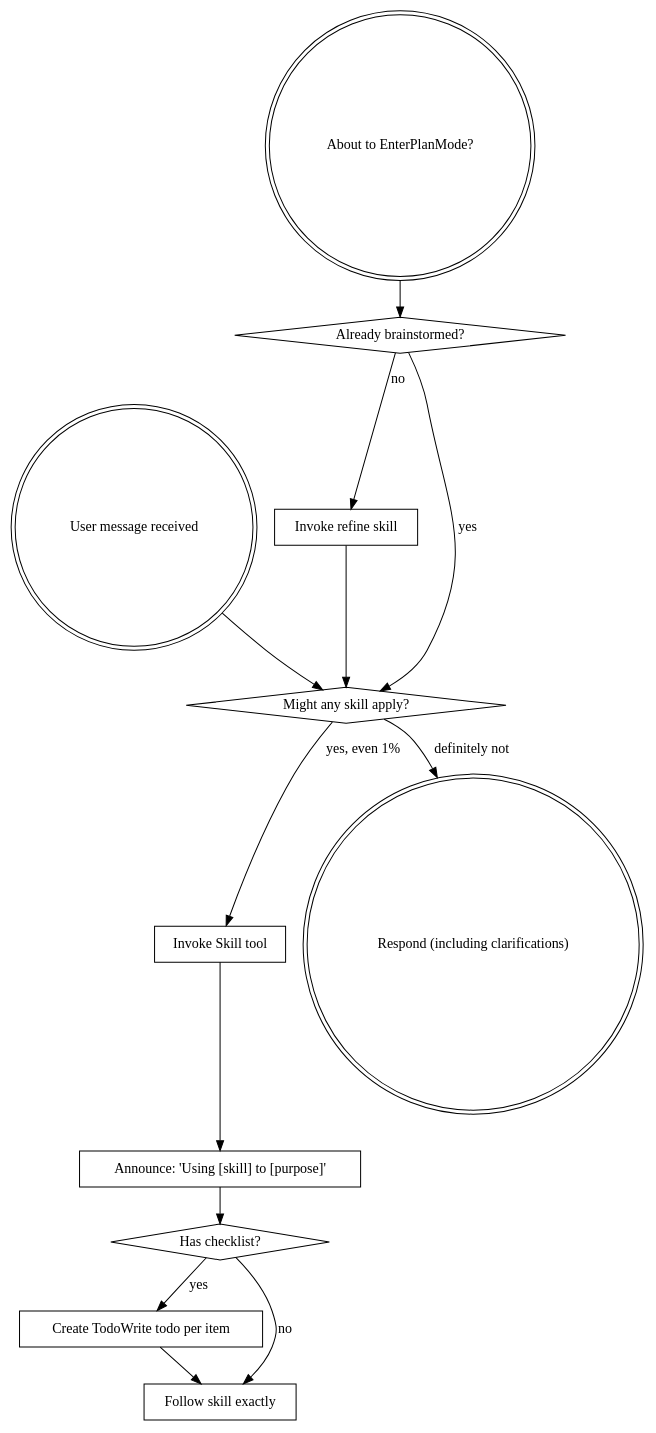
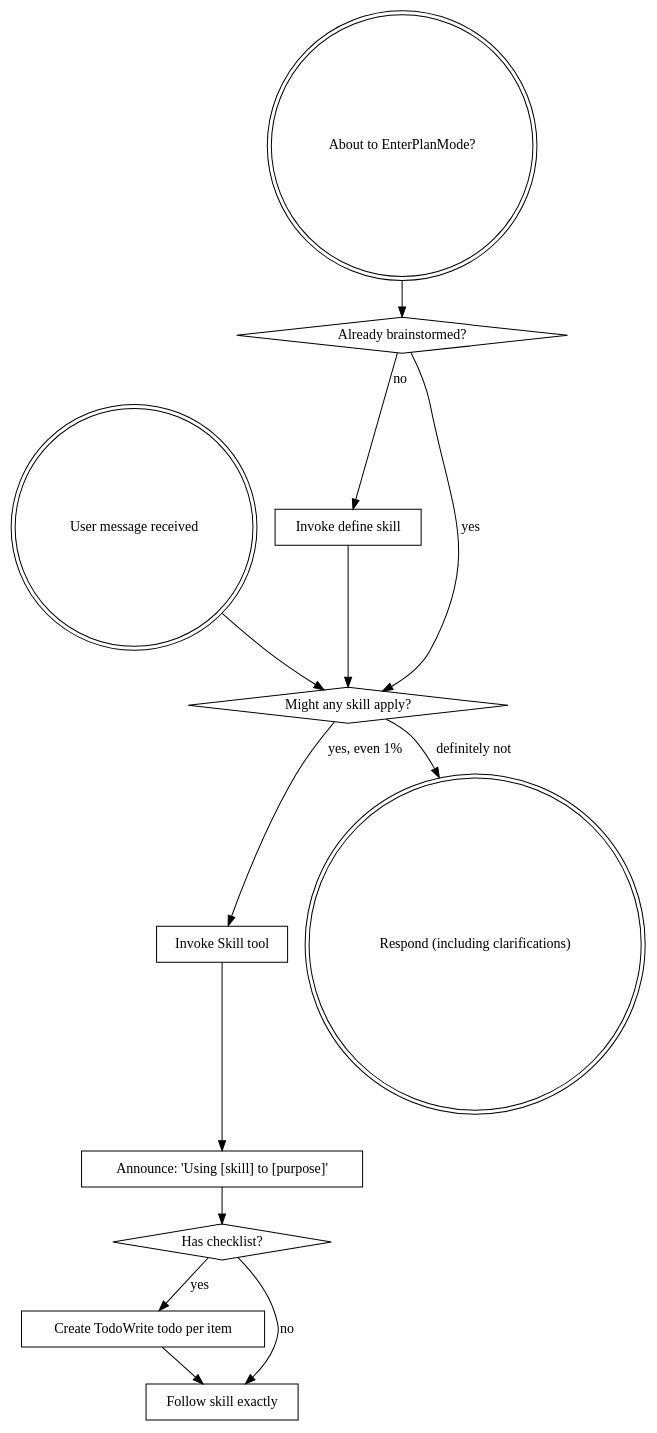
One commit to zhoupihua/rein changed the diagram in skills/using-rein/SKILL.md. Above: the diagram before and after it, drawn with Graphviz. The commit also changed other lines of this file and 48 other files, not shown here.

````diff
--- a/skills/using-rein/SKILL.md
+++ b/skills/using-rein/SKILL.md
@@ -61,29 +61,29 @@
 ```dot
 digraph skill_flow {
     "User message received" [shape=doublecircle];
     "About to EnterPlanMode?" [shape=doublecircle];
     "Already brainstormed?" [shape=diamond];
-    "Invoke refine skill" [shape=box];
+    "Invoke define skill" [shape=box];
     "Might any skill apply?" [shape=diamond];
     "Invoke Skill tool" [shape=box];
     "Announce: 'Using [skill] to [purpose]'" [shape=box];
     "Has checklist?" [shape=diamond];
     "Create TodoWrite todo per item" [shape=box];
     "Follow skill exactly" [shape=box];
     "Respond (including clarifications)" [shape=doublecircle];
 
     "About to EnterPlanMode?" -> "Already brainstormed?";
-    "Already brainstormed?" -> "Invoke refine skill" [label="no"];
+    "Already brainstormed?" -> "Invoke define skill" [label="no"];
     "Already brainstormed?" -> "Might any skill apply?" [label="yes"];
-    "Invoke refine skill" -> "Might any skill apply?";
+    "Invoke define skill" -> "Might any skill apply?";
 
     "User message received" -> "Might any skill apply?";
     "Might any skill apply?" -> "Invoke Skill tool" [label="yes, even 1%"];
     "Might any skill apply?" -> "Respond (including clarifications)" [label="definitely not"];
     "Invoke Skill tool" -> "Announce: 'Using [skill] to [purpose]'";
     "Announce: 'Using [skill] to [purpose]'" -> "Has checklist?";
     "Has checklist?" -> "Create TodoWrite todo per item" [label="yes"];
     "Has checklist?" -> "Follow skill exactly" [label="no"];
     "Create TodoWrite todo per item" -> "Follow skill exactly";
 }
 ```
````
